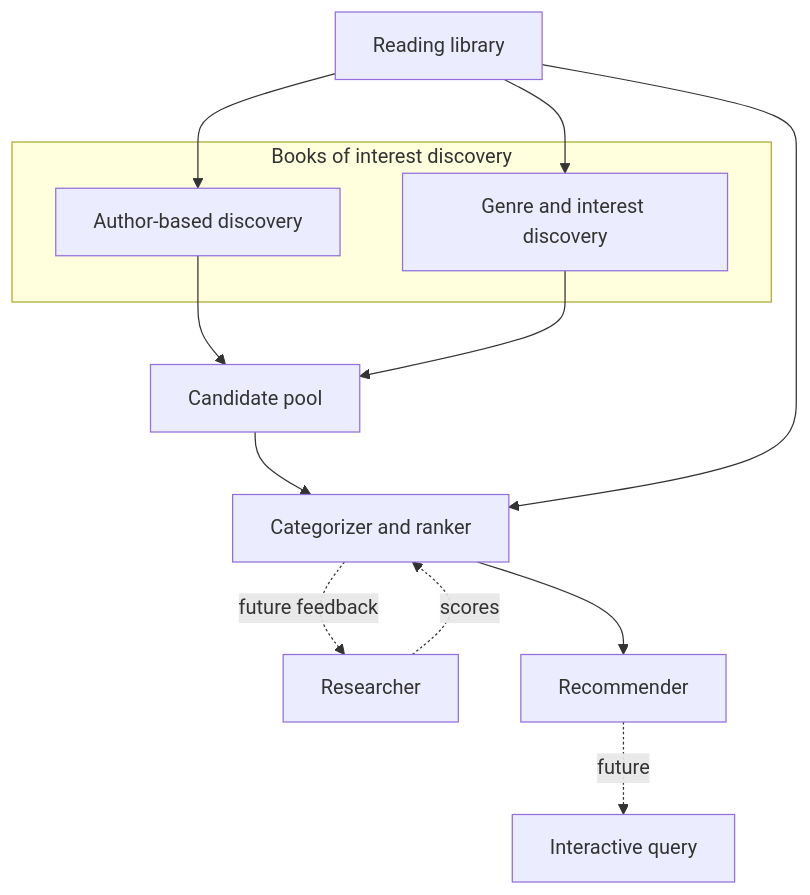
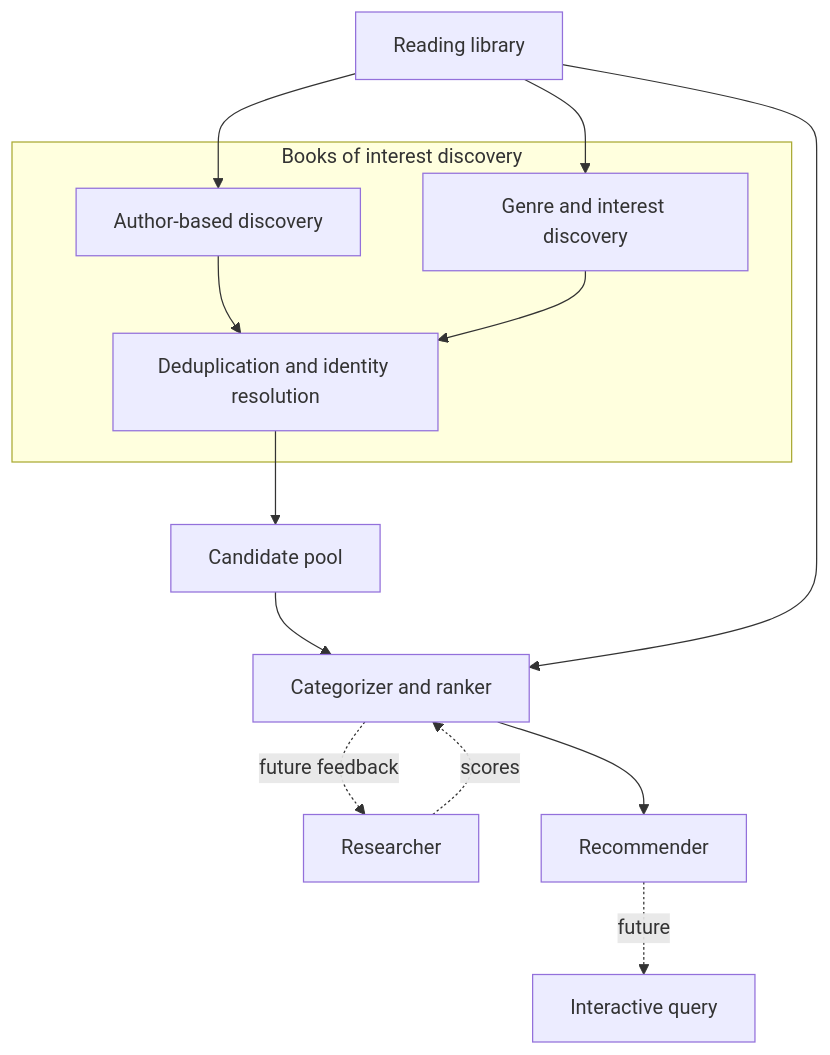
One commit to nadnerb4ever/book_advisor changed the diagram in src/book_advisor/ARCHITECTURE.md. Above: the diagram before and after it, drawn with Mermaid. The commit also changed other lines of this file, not shown here.

First line of the commit message:
docs(ARCHITECTURE): catalog strategy and discovery dedup notes

````diff
--- a/src/book_advisor/ARCHITECTURE.md
+++ b/src/book_advisor/ARCHITECTURE.md
@@ -71,24 +84,26 @@
 ```mermaid
 flowchart TD
   readingLib[Reading library]
   subgraph booksDiscovery [Books of interest discovery]
     authorDisc[Author-based discovery]
     genreDisc[Genre and interest discovery]
+    dedup[Deduplication and identity resolution]
   end
   candidatePool[Candidate pool]
   categorizeRank[Categorizer and ranker]
   researcher[Researcher]
   recommender[Recommender]
   interactive[Interactive query]
 
   readingLib --> authorDisc
   readingLib --> genreDisc
-  authorDisc --> candidatePool
-  genreDisc --> candidatePool
+  authorDisc --> dedup
+  genreDisc --> dedup
+  dedup --> candidatePool
   candidatePool --> categorizeRank
   readingLib --> categorizeRank
   categorizeRank -.->|"future feedback"| researcher
   researcher -.->|"scores"| categorizeRank
   categorizeRank --> recommender
   recommender -.->|"future"| interactive
 ```
````
